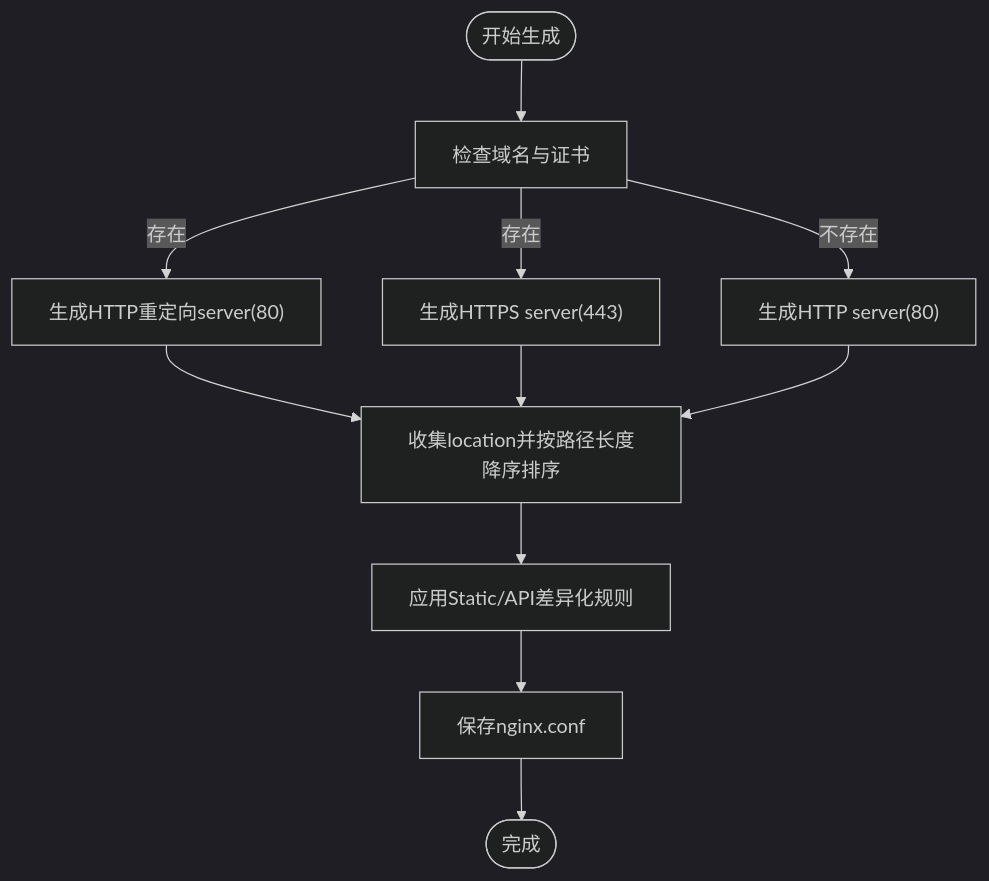
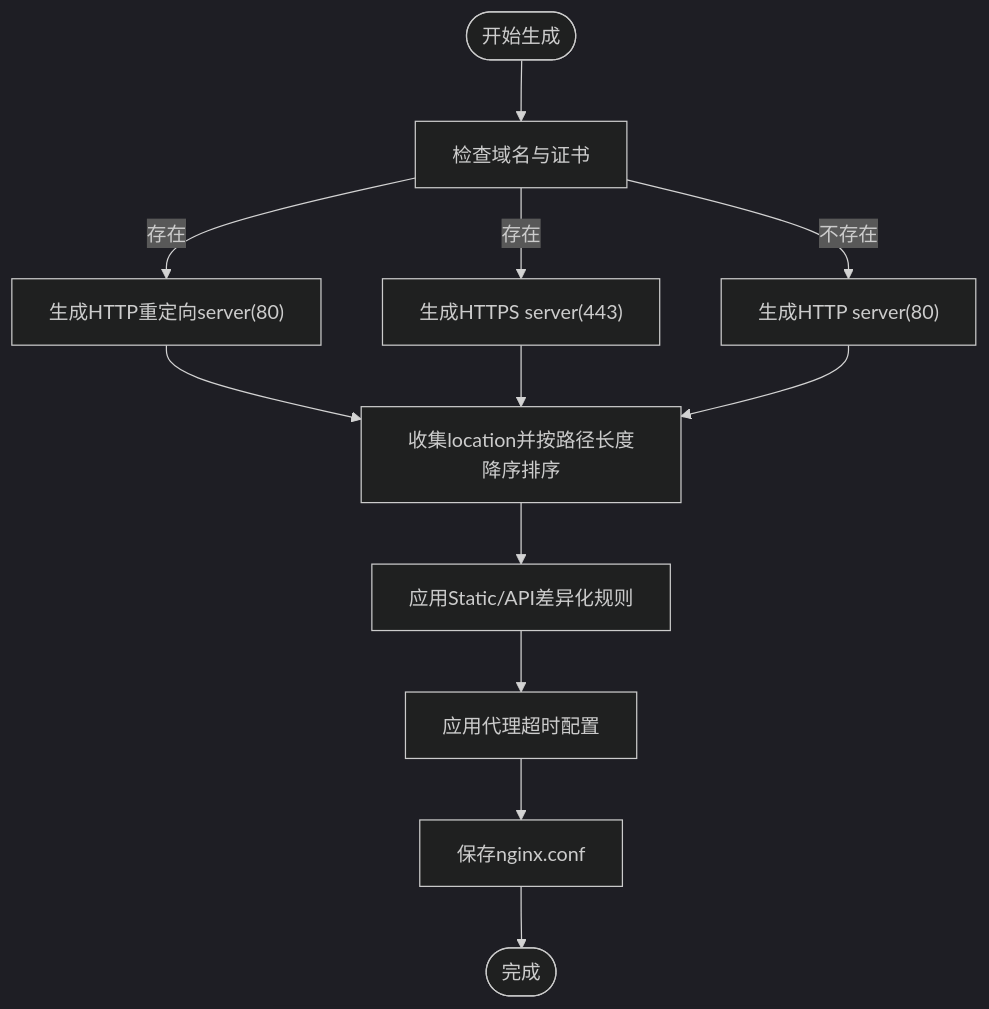
One commit to cao5zy/proxy-config changed the third of 8 diagrams in .qoder/repowiki/zh/content/架构设计/模块设计/反向代理模块.md. Above: the diagram before and after it, drawn with Mermaid (dark theme). The commit also changed other lines of this file and 5 other files, not shown here.

````diff
--- a/.qoder/repowiki/zh/content/架构设计/模块设计/反向代理模块.md
+++ b/.qoder/repowiki/zh/content/架构设计/模块设计/反向代理模块.md
@@ -177,13 +195,14 @@
 ```mermaid
 flowchart TD
 Start(["开始生成"]) --> CheckDomain["检查域名与证书"]
 CheckDomain --> |存在| HttpRedirect["生成HTTP重定向server(80)"]
 CheckDomain --> |存在| HttpsServer["生成HTTPS server(443)"]
 CheckDomain --> |不存在| HttpServer["生成HTTP server(80)"]
 HttpRedirect --> Locations["收集location并按路径长度降序排序"]
 HttpsServer --> Locations
 HttpServer --> Locations
 Locations --> ApplyRules["应用Static/API差异化规则"]
-ApplyRules --> Save["保存nginx.conf"]
+ApplyRules --> TimeoutConfig["应用代理超时配置"]
+TimeoutConfig --> Save["保存nginx.conf"]
 Save --> End(["完成"])
 ```
````
